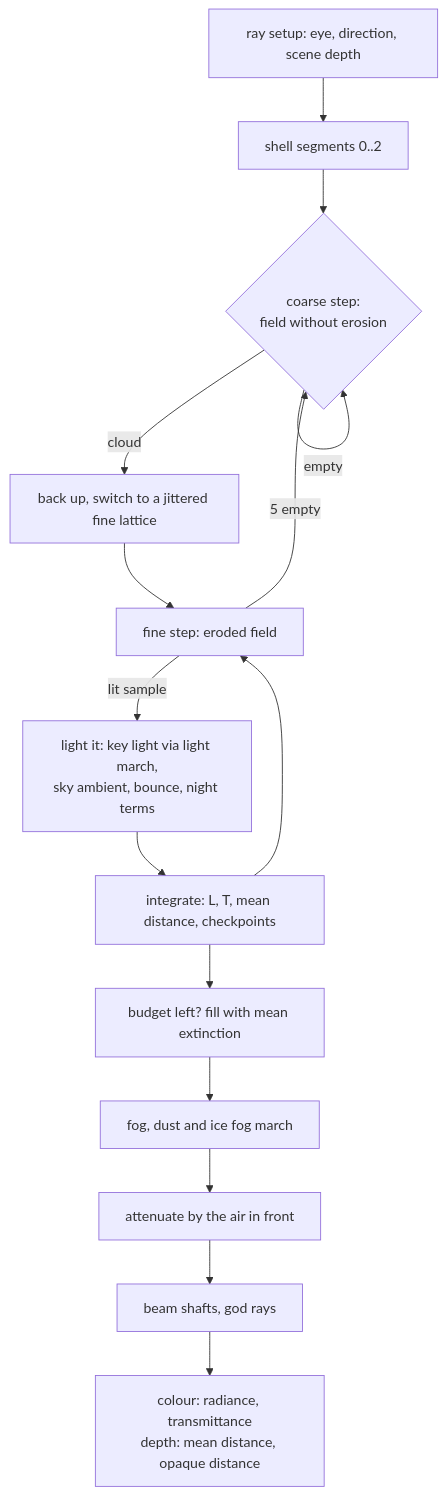
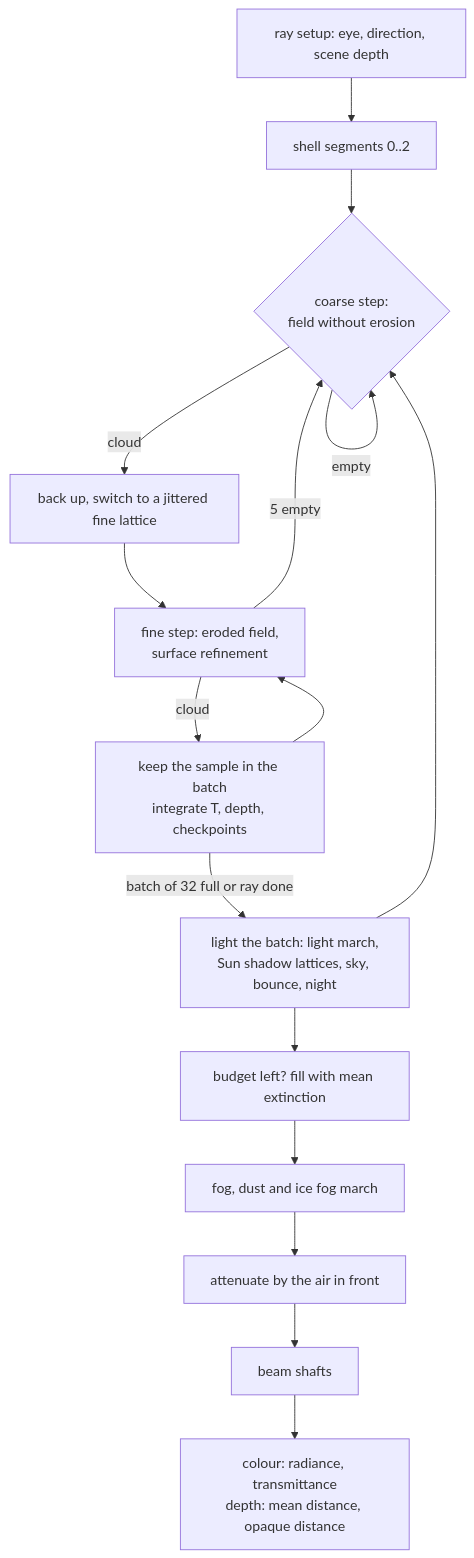
Before and after one commit to largepizza/SAT_LIGHT_SIM: the diagram in wiki/rendering/clouds/march.md, drawn with Mermaid. The commit also changed other lines of this file and 104 other files, not shown here.

````diff
--- a/wiki/rendering/clouds/march.md
+++ b/wiki/rendering/clouds/march.md
@@ -12,17 +12,18 @@
 ```mermaid
 flowchart TD
   S[ray setup: eye, direction, scene depth] --> SEG[shell segments 0..2]
   SEG --> C{coarse step:<br/>field without erosion}
   C -- empty --> C
   C -- cloud --> BK[back up, switch to a jittered fine lattice]
-  BK --> F[fine step: eroded field]
-  F -- lit sample --> LT[light it: key light via light march,<br/>sky ambient, bounce, night terms]
-  LT --> INT[integrate: L, T, mean distance, checkpoints]
-  INT --> F
+  BK --> F[fine step: eroded field,<br/>surface refinement]
+  F -- cloud --> KEEP[keep the sample in the batch<br/>integrate T, depth, checkpoints]
+  KEEP --> F
   F -- 5 empty --> C
-  INT --> FILL[budget left? fill with mean extinction]
+  KEEP -- batch of 32 full or ray done --> LT[light the batch: light march,<br/>Sun shadow lattices, sky, bounce, night]
+  LT --> C
+  LT --> FILL[budget left? fill with mean extinction]
   FILL --> FOG[fog, dust and ice fog march]
   FOG --> ATT[attenuate by the air in front]
-  ATT --> SH[beam shafts, god rays]
+  ATT --> SH[beam shafts]
   SH --> OUT[colour: radiance, transmittance<br/>depth: mean distance, opaque distance]
 ```
````
